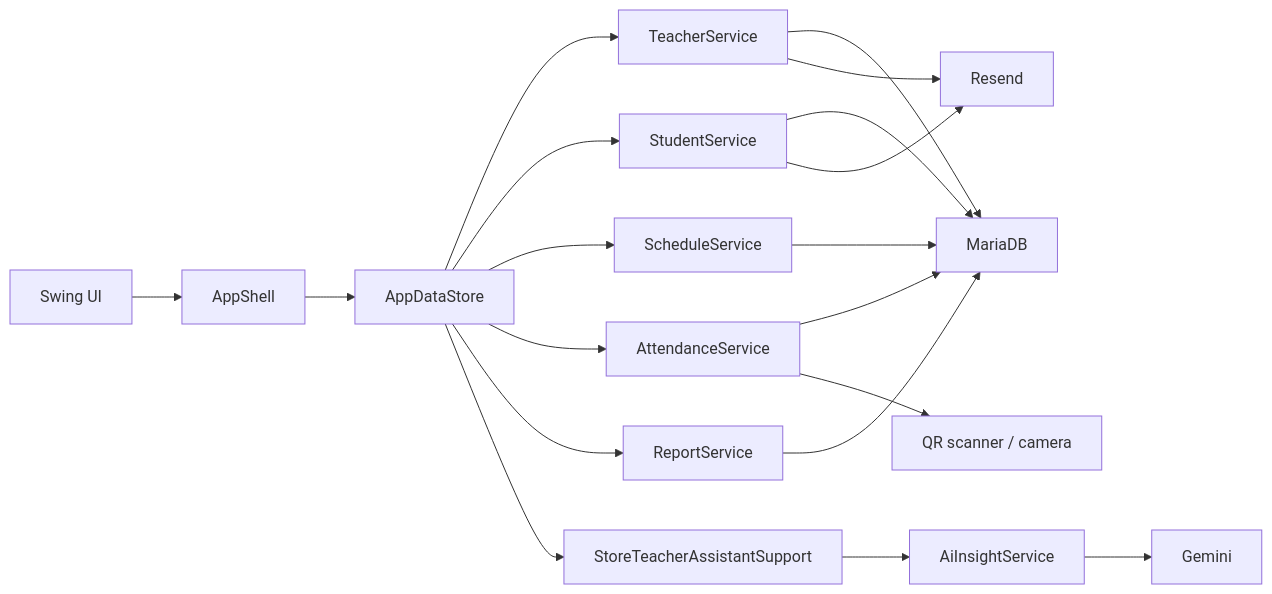
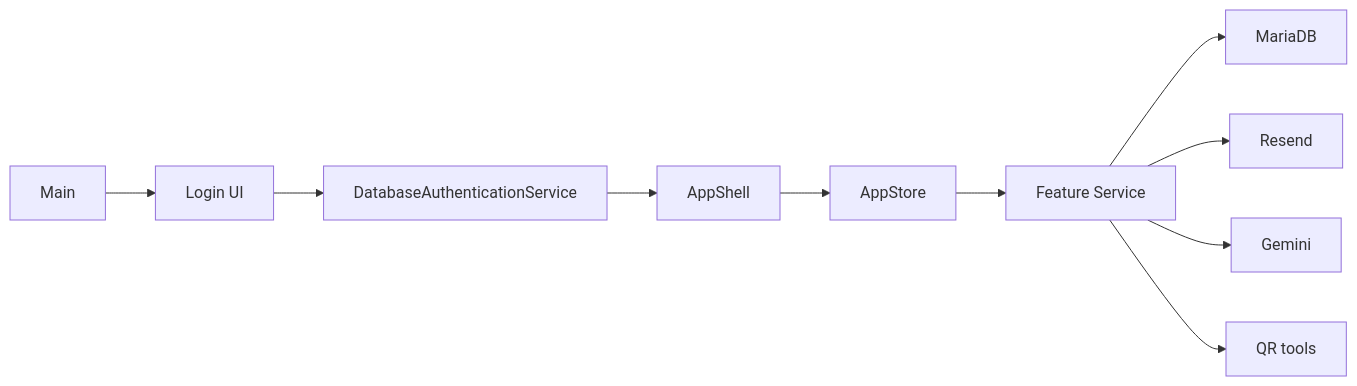
One commit to micoms/QrAttendance changed the diagram in docs/system-overview.md. Above: the diagram before and after it, drawn with Mermaid. The commit also changed other lines of this file and 62 other files, not shown here.

Commit message:
Rebuild QR Attend app with simpler flows and PHT scheduling

````diff
--- a/docs/system-overview.md
+++ b/docs/system-overview.md
@@ -16,21 +5,12 @@
 ```mermaid
 flowchart LR
-    A["Swing UI"] --> B["AppShell"]
-    B --> C["AppDataStore"]
-    C --> D["TeacherService"]
-    C --> E["StudentService"]
-    C --> F["ScheduleService"]
-    C --> G["AttendanceService"]
-    C --> H["ReportService"]
-    C --> I["StoreTeacherAssistantSupport"]
-    D --> J["MariaDB"]
-    E --> J
-    F --> J
-    G --> J
-    H --> J
-    I --> K["AiInsightService"]
-    K --> L["Gemini"]
-    D --> M["Resend"]
-    E --> M
-    G --> N["QR scanner / camera"]
+    A["Main"] --> B["Login UI"]
+    B --> C["DatabaseAuthenticationService"]
+    C --> D["AppShell"]
+    D --> E["AppStore"]
+    E --> F["Feature Service"]
+    F --> G["MariaDB"]
+    F --> H["Resend"]
+    F --> I["Gemini"]
+    F --> J["QR tools"]
 ```
````
